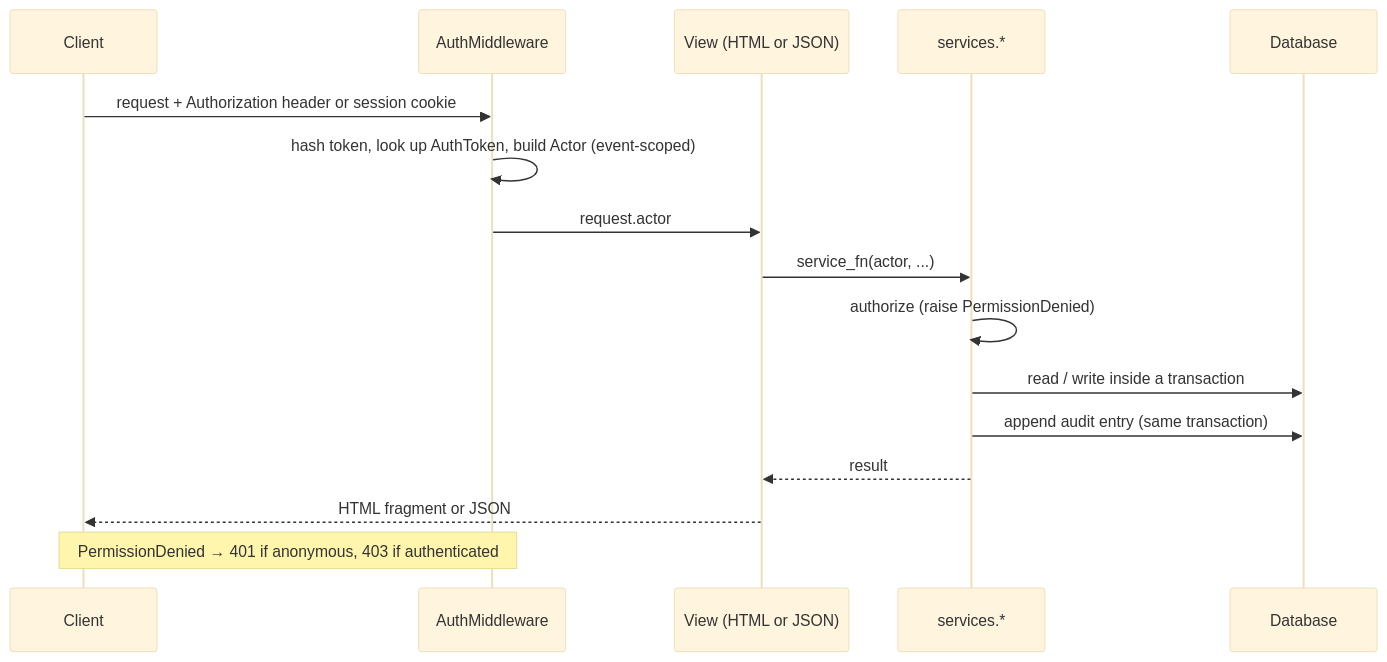
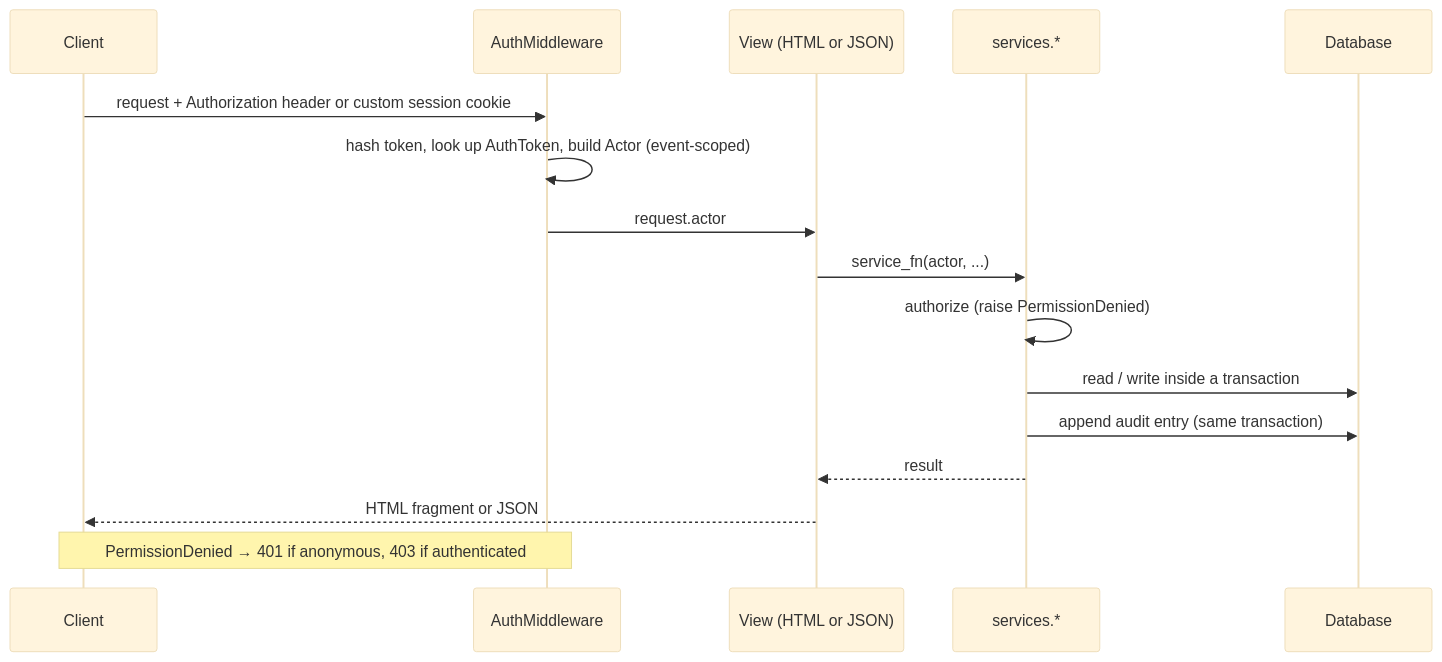
The second of 2 diagrams in ARCHITECTURE.md (Dev-Am12/Rubric), drawn with Mermaid (base theme) before and after one commit. The commit also changed other lines of this file and 10 other files, not shown here.

````diff
--- a/ARCHITECTURE.md
+++ b/ARCHITECTURE.md
@@ -81,18 +82,18 @@
 ```mermaid
 sequenceDiagram
     participant C as Client
     participant M as AuthMiddleware
     participant W as View (HTML or JSON)
     participant S as services.*
     participant D as Database
-    C->>M: request + Authorization header or session cookie
+    C->>M: request + Authorization header or custom session cookie
     M->>M: hash token, look up AuthToken, build Actor (event-scoped)
     M->>W: request.actor
     W->>S: service_fn(actor, ...)
     S->>S: authorize (raise PermissionDenied)
     S->>D: read / write inside a transaction
     S->>D: append audit entry (same transaction)
     S-->>W: result
     W-->>C: HTML fragment or JSON
     Note over M,C: PermissionDenied → 401 if anonymous, 403 if authenticated
 ```
````
